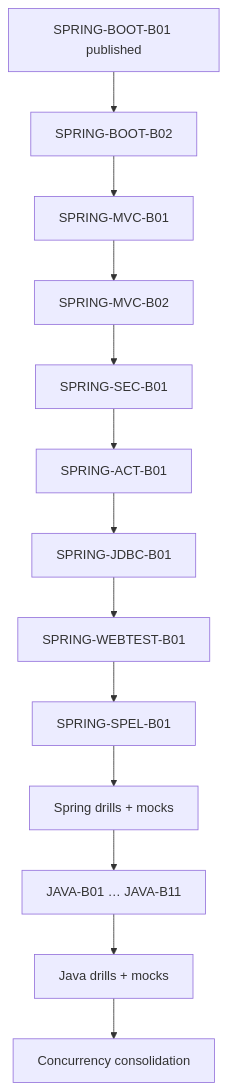
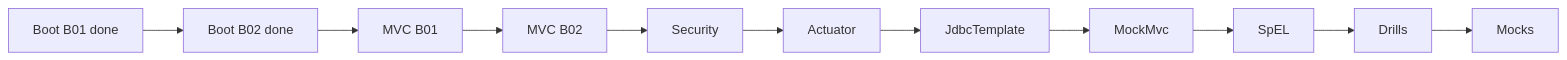
One commit to alimbetov/obsidian changed the second of 2 diagrams in 00_HOME/Certification 99 Percent Readiness Dashboard.md. Above: the diagram before and after it, drawn with Mermaid. The commit also changed other lines of this file, not shown here.

````diff
--- a/00_HOME/Certification 99 Percent Readiness Dashboard.md
+++ b/00_HOME/Certification 99 Percent Readiness Dashboard.md
@@ -200,15 +185,13 @@
 ```mermaid
-flowchart TD
-    DONE["SPRING-BOOT-B01 published"] --> B2["SPRING-BOOT-B02"]
-    B2 --> MVC1["SPRING-MVC-B01"]
-    MVC1 --> MVC2["SPRING-MVC-B02"]
-    MVC2 --> SEC["SPRING-SEC-B01"]
-    SEC --> ACT["SPRING-ACT-B01"]
-    ACT --> JDBC["SPRING-JDBC-B01"]
-    JDBC --> WEBTEST["SPRING-WEBTEST-B01"]
-    WEBTEST --> SPEL["SPRING-SPEL-B01"]
-    SPEL --> SMOCK["Spring drills + mocks"]
-    SMOCK --> J1["JAVA-B01 … JAVA-B11"]
-    J1 --> JMOCK["Java drills + mocks"]
-    JMOCK --> CFINAL["Concurrency consolidation"]
+flowchart LR
+    B1["Boot B01 done"] --> B2["Boot B02 done"]
+    B2 --> MVC1["MVC B01"]
+    MVC1 --> MVC2["MVC B02"]
+    MVC2 --> SEC["Security"]
+    SEC --> ACT["Actuator"]
+    ACT --> JDBC["JdbcTemplate"]
+    JDBC --> WEBTEST["MockMvc"]
+    WEBTEST --> SPEL["SpEL"]
+    SPEL --> DRILLS["Drills"]
+    DRILLS --> MOCKS["Mocks"]
 ```
````
